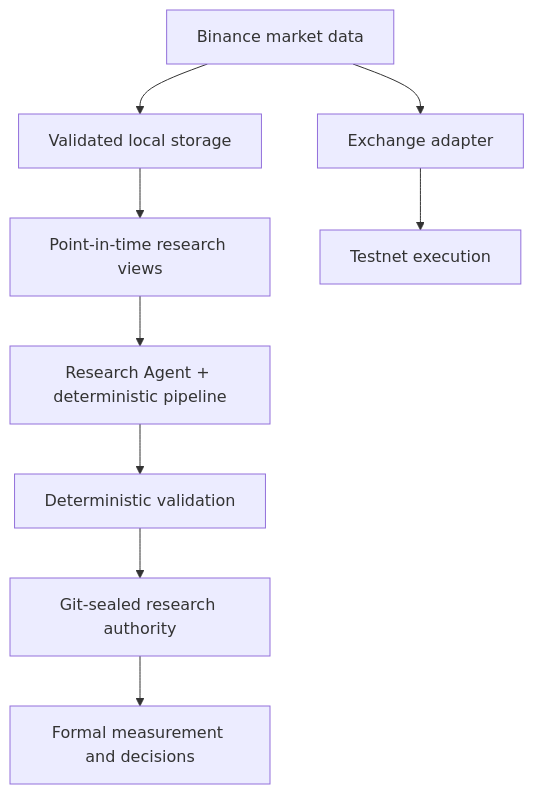
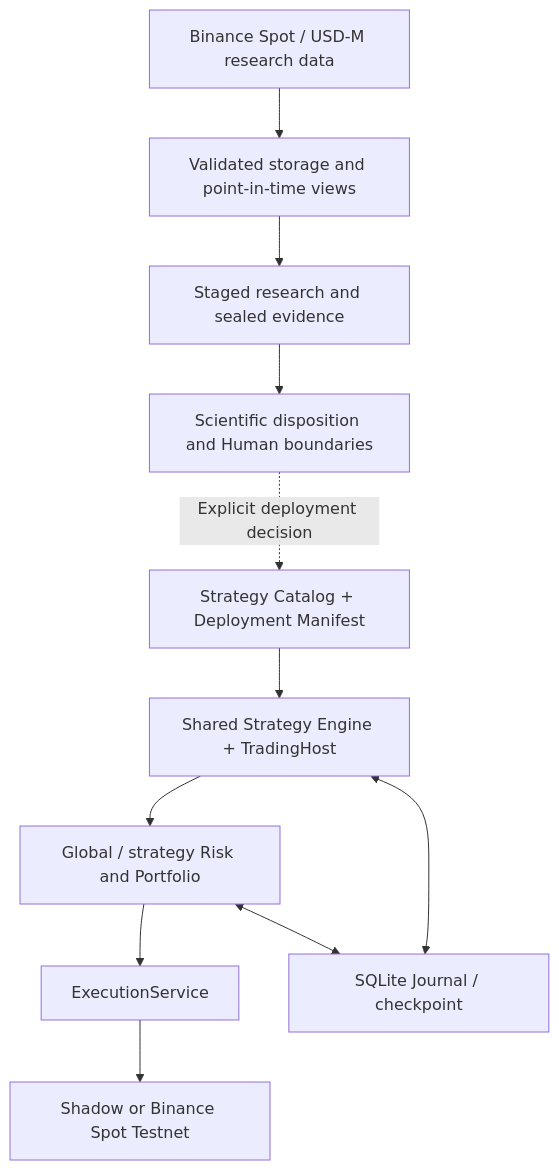
The diagram in ARCHITECTURE.md (terrylu930119/crypto-research-platform), drawn with Mermaid before and after one commit. The commit also changed other lines of this file and 9 other files, not shown here.

````diff
--- a/ARCHITECTURE.md
+++ b/ARCHITECTURE.md
@@ -7,12 +7,13 @@
 ```mermaid
 flowchart TD
-    A[Binance market data] --> B[Validated local storage]
-    B --> C[Point-in-time research views]
-    C --> D[Research Agent + deterministic pipeline]
-    D --> E[Deterministic validation]
-    E --> F[Git-sealed research authority]
-    F --> G[Formal measurement and decisions]
-
-    A --> H[Exchange adapter]
-    H --> I[Testnet execution]
+    A[Binance Spot / USD-M research data] --> B[Validated storage and point-in-time views]
+    B --> C[Staged research and sealed evidence]
+    C --> D[Scientific disposition and Human boundaries]
+    D -. Explicit deployment decision .-> E[Strategy Catalog + Deployment Manifest]
+    E --> F[Shared Strategy Engine + TradingHost]
+    F --> G[Global / strategy Risk and Portfolio]
+    G --> H[ExecutionService]
+    H --> I[Shadow or Binance Spot Testnet]
+    F <--> J[SQLite Journal / checkpoint]
+    G <--> J
 ```
````
